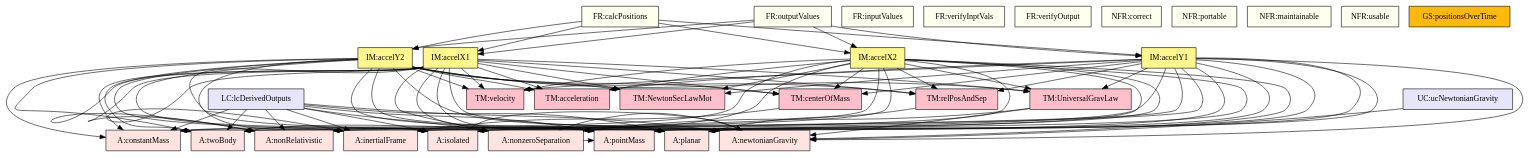
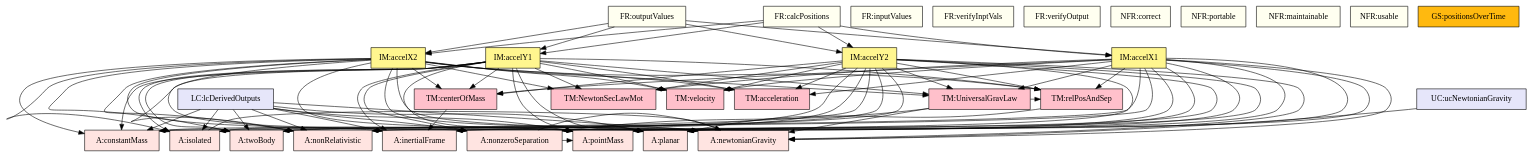
The diagram in code/stable/bss/TraceyGraph/allvsall.dot (Xinlu-Y/Drasil), drawn with Graphviz before and after one commit. The commit also changed 11 other files, not shown here.

```diff
--- a/code/stable/bss/TraceyGraph/allvsall.dot
+++ b/code/stable/bss/TraceyGraph/allvsall.dot
@@ -1,156 +1,157 @@
 digraph allvsall {
 	"instance:isolated" -> "instance:newtonianGravity";
 	"instance:nonzeroSeparation" -> "instance:newtonianGravity";
 	"instance:nonzeroSeparation" -> "instance:pointMass";
 	"theory:centerOfMassCS" -> "instance:inertialFrame";
-	"theory:force" -> "instance:newtonianGravity";
-	"theory:force" -> "instance:nonzeroSeparation";
+	"theory:fOfGravity" -> "instance:newtonianGravity";
+	"theory:fOfGravity" -> "instance:nonzeroSeparation";
+	"theory:fOfGravity" -> "theory:r_12";
 	"theory:r_12" -> "instance:planar";
 	"theory:accelIMX1" -> "instance:twoBody";
 	"theory:accelIMX1" -> "instance:isolated";
 	"theory:accelIMX1" -> "instance:newtonianGravity";
 	"theory:accelIMX1" -> "instance:nonRelativistic";
 	"theory:accelIMX1" -> "instance:pointMass";
 	"theory:accelIMX1" -> "instance:constantMass";
 	"theory:accelIMX1" -> "instance:inertialFrame";
 	"theory:accelIMX1" -> "instance:planar";
 	"theory:accelIMX1" -> "instance:nonzeroSeparation";
 	"theory:accelIMX1" -> "theory:centerOfMassCS";
 	"theory:accelIMX1" -> "theory:newtonSL";
 	"theory:accelIMX1" -> "theory:velocityTM";
 	"theory:accelIMX1" -> "theory:accelerationTM";
-	"theory:accelIMX1" -> "theory:force";
+	"theory:accelIMX1" -> "theory:fOfGravity";
 	"theory:accelIMX1" -> "theory:r_12";
 	"theory:accelIMY1" -> "instance:twoBody";
 	"theory:accelIMY1" -> "instance:isolated";
 	"theory:accelIMY1" -> "instance:newtonianGravity";
 	"theory:accelIMY1" -> "instance:nonRelativistic";
 	"theory:accelIMY1" -> "instance:pointMass";
 	"theory:accelIMY1" -> "instance:constantMass";
 	"theory:accelIMY1" -> "instance:inertialFrame";
 	"theory:accelIMY1" -> "instance:planar";
 	"theory:accelIMY1" -> "instance:nonzeroSeparation";
 	"theory:accelIMY1" -> "theory:centerOfMassCS";
 	"theory:accelIMY1" -> "theory:newtonSL";
 	"theory:accelIMY1" -> "theory:velocityTM";
 	"theory:accelIMY1" -> "theory:accelerationTM";
-	"theory:accelIMY1" -> "theory:force";
+	"theory:accelIMY1" -> "theory:fOfGravity";
 	"theory:accelIMY1" -> "theory:r_12";
 	"theory:accelIMX2" -> "instance:twoBody";
 	"theory:accelIMX2" -> "instance:isolated";
 	"theory:accelIMX2" -> "instance:newtonianGravity";
 	"theory:accelIMX2" -> "instance:nonRelativistic";
 	"theory:accelIMX2" -> "instance:pointMass";
 	"theory:accelIMX2" -> "instance:constantMass";
 	"theory:accelIMX2" -> "instance:inertialFrame";
 	"theory:accelIMX2" -> "instance:planar";
 	"theory:accelIMX2" -> "instance:nonzeroSeparation";
 	"theory:accelIMX2" -> "theory:centerOfMassCS";
 	"theory:accelIMX2" -> "theory:newtonSL";
 	"theory:accelIMX2" -> "theory:velocityTM";
 	"theory:accelIMX2" -> "theory:accelerationTM";
-	"theory:accelIMX2" -> "theory:force";
+	"theory:accelIMX2" -> "theory:fOfGravity";
 	"theory:accelIMX2" -> "theory:r_12";
 	"theory:accelIMY2" -> "instance:twoBody";
 	"theory:accelIMY2" -> "instance:isolated";
 	"theory:accelIMY2" -> "instance:newtonianGravity";
 	"theory:accelIMY2" -> "instance:nonRelativistic";
 	"theory:accelIMY2" -> "instance:pointMass";
 	"theory:accelIMY2" -> "instance:constantMass";
 	"theory:accelIMY2" -> "instance:inertialFrame";
 	"theory:accelIMY2" -> "instance:planar";
 	"theory:accelIMY2" -> "instance:nonzeroSeparation";
 	"theory:accelIMY2" -> "theory:centerOfMassCS";
 	"theory:accelIMY2" -> "theory:newtonSL";
 	"theory:accelIMY2" -> "theory:velocityTM";
 	"theory:accelIMY2" -> "theory:accelerationTM";
-	"theory:accelIMY2" -> "theory:force";
+	"theory:accelIMY2" -> "theory:fOfGravity";
 	"theory:accelIMY2" -> "theory:r_12";
 	"instance:calcPositions" -> "theory:accelIMX1";
 	"instance:calcPositions" -> "theory:accelIMY1";
 	"instance:calcPositions" -> "theory:accelIMX2";
 	"instance:calcPositions" -> "theory:accelIMY2";
 	"instance:outputValues" -> "theory:accelIMX1";
 	"instance:outputValues" -> "theory:accelIMY1";
 	"instance:outputValues" -> "theory:accelIMX2";
 	"instance:outputValues" -> "theory:accelIMY2";
 	"instance:lcDerivedOutputs" -> "instance:twoBody";
 	"instance:lcDerivedOutputs" -> "instance:isolated";
 	"instance:lcDerivedOutputs" -> "instance:newtonianGravity";
 	"instance:lcDerivedOutputs" -> "instance:nonRelativistic";
 	"instance:lcDerivedOutputs" -> "instance:pointMass";
 	"instance:lcDerivedOutputs" -> "instance:constantMass";
 	"instance:lcDerivedOutputs" -> "instance:inertialFrame";
 	"instance:lcDerivedOutputs" -> "instance:planar";
 	"instance:lcDerivedOutputs" -> "instance:nonzeroSeparation";
 	"instance:ucNewtonianGravity" -> "instance:newtonianGravity";
 
 
 	"instance:twoBody"	[shape=box, color=black, style=filled, fillcolor=mistyrose, label="A:twoBody"];
 	"instance:isolated"	[shape=box, color=black, style=filled, fillcolor=mistyrose, label="A:isolated"];
 	"instance:newtonianGravity"	[shape=box, color=black, style=filled, fillcolor=mistyrose, label="A:newtonianGravity"];
 	"instance:nonRelativistic"	[shape=box, color=black, style=filled, fillcolor=mistyrose, label="A:nonRelativistic"];
 	"instance:pointMass"	[shape=box, color=black, style=filled, fillcolor=mistyrose, label="A:pointMass"];
 	"instance:constantMass"	[shape=box, color=black, style=filled, fillcolor=mistyrose, label="A:constantMass"];
 	"instance:inertialFrame"	[shape=box, color=black, style=filled, fillcolor=mistyrose, label="A:inertialFrame"];
 	"instance:planar"	[shape=box, color=black, style=filled, fillcolor=mistyrose, label="A:planar"];
 	"instance:nonzeroSeparation"	[shape=box, color=black, style=filled, fillcolor=mistyrose, label="A:nonzeroSeparation"];
 
 	subgraph A {
 	rank="same"
 	{"instance:twoBody", "instance:isolated", "instance:newtonianGravity", "instance:nonRelativistic", "instance:pointMass", "instance:constantMass", "instance:inertialFrame", "instance:planar", "instance:nonzeroSeparation"}
 	}
 
 	"theory:centerOfMassCS"	[shape=box, color=black, style=filled, fillcolor=pink, label="TM:centerOfMass"];
 	"theory:newtonSL"	[shape=box, color=black, style=filled, fillcolor=pink, label="TM:NewtonSecLawMot"];
 	"theory:velocityTM"	[shape=box, color=black, style=filled, fillcolor=pink, label="TM:velocity"];
 	"theory:accelerationTM"	[shape=box, color=black, style=filled, fillcolor=pink, label="TM:acceleration"];
-	"theory:force"	[shape=box, color=black, style=filled, fillcolor=pink, label="TM:UniversalGravLaw"];
+	"theory:fOfGravity"	[shape=box, color=black, style=filled, fillcolor=pink, label="TM:UniversalGravLaw"];
 	"theory:r_12"	[shape=box, color=black, style=filled, fillcolor=pink, label="TM:relPosAndSep"];
 
 	subgraph TM {
 	rank="same"
-	{"theory:centerOfMassCS", "theory:newtonSL", "theory:velocityTM", "theory:accelerationTM", "theory:force", "theory:r_12"}
+	{"theory:centerOfMassCS", "theory:newtonSL", "theory:velocityTM", "theory:accelerationTM", "theory:fOfGravity", "theory:r_12"}
 	}
 
 	"theory:accelIMX1"	[shape=box, color=black, style=filled, fillcolor=khaki1, label="IM:accelX1"];
 	"theory:accelIMY1"	[shape=box, color=black, style=filled, fillcolor=khaki1, label="IM:accelY1"];
 	"theory:accelIMX2"	[shape=box, color=black, style=filled, fillcolor=khaki1, label="IM:accelX2"];
 	"theory:accelIMY2"	[shape=box, color=black, style=filled, fillcolor=khaki1, label="IM:accelY2"];
 
 	subgraph IM {
 	rank="same"
 	{"theory:accelIMX1", "theory:accelIMY1", "theory:accelIMX2", "theory:accelIMY2"}
 	}
 
 	"instance:inputValues"	[shape=box, color=black, style=filled, fillcolor=ivory, label="FR:inputValues"];
 	"instance:verifyInptVals"	[shape=box, color=black, style=filled, fillcolor=ivory, label="FR:verifyInptVals"];
 	"instance:calcPositions"	[shape=box, color=black, style=filled, fillcolor=ivory, label="FR:calcPositions"];
 	"instance:verifyOutput"	[shape=box, color=black, style=filled, fillcolor=ivory, label="FR:verifyOutput"];
 	"instance:outputValues"	[shape=box, color=black, style=filled, fillcolor=ivory, label="FR:outputValues"];
 	"instance:correct"	[shape=box, color=black, style=filled, fillcolor=ivory, label="NFR:correct"];
 	"instance:portable"	[shape=box, color=black, style=filled, fillcolor=ivory, label="NFR:portable"];
 	"instance:maintainable"	[shape=box, color=black, style=filled, fillcolor=ivory, label="NFR:maintainable"];
 	"instance:usable"	[shape=box, color=black, style=filled, fillcolor=ivory, label="NFR:usable"];
 
 	subgraph FR {
 	rank="same"
 	{"instance:inputValues", "instance:verifyInptVals", "instance:calcPositions", "instance:verifyOutput", "instance:outputValues", "instance:correct", "instance:portable", "instance:maintainable", "instance:usable"}
 	}
 
 	"instance:positionsOverTime"	[shape=box, color=black, style=filled, fillcolor=darkgoldenrod1, label="GS:positionsOverTime"];
 
 	subgraph GS {
 	rank="same"
 	{"instance:positionsOverTime"}
 	}
 
 	"instance:lcDerivedOutputs"	[shape=box, color=black, style=filled, fillcolor=lavender, label="LC:lcDerivedOutputs"];
 	"instance:ucNewtonianGravity"	[shape=box, color=black, style=filled, fillcolor=lavender, label="UC:ucNewtonianGravity"];
 
 	subgraph LC {
 	rank="same"
 	{"instance:lcDerivedOutputs", "instance:ucNewtonianGravity"}
 	}
 
 }
```
